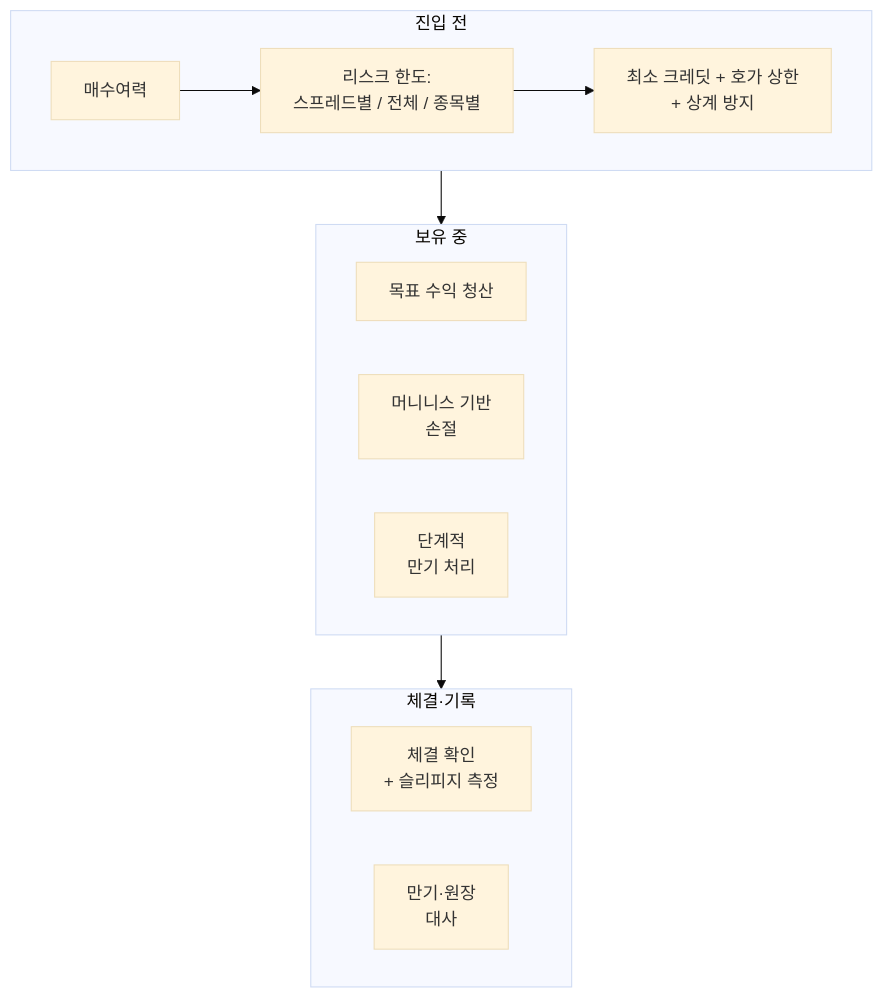
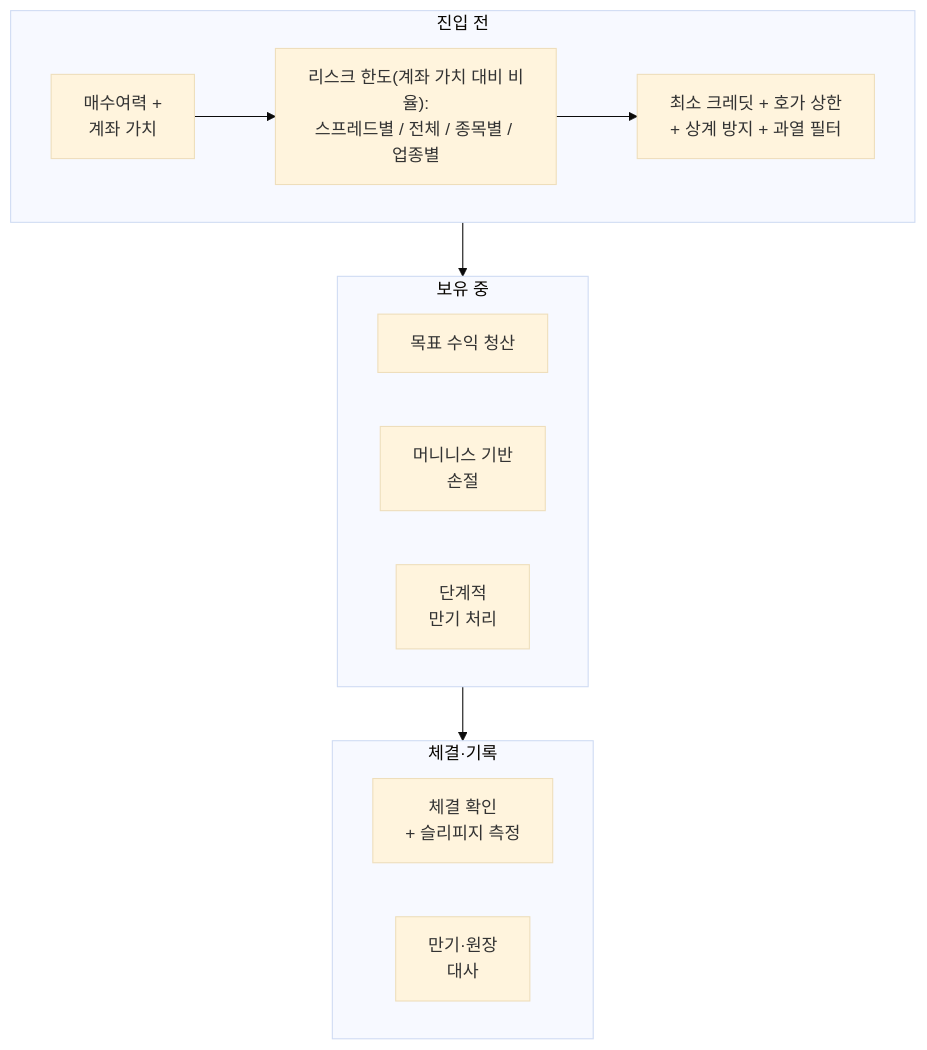
The third of 4 diagrams in README.ko.md (hbchoi0917/trading), drawn with Mermaid (base theme) before and after one commit. The commit also changed other lines of this file and 3 other files, not shown here.

````diff
--- a/README.ko.md
+++ b/README.ko.md
@@ -98,20 +96,20 @@
 ```mermaid
 flowchart TD
     subgraph PRE["진입 전"]
         direction LR
-        P1[매수여력] --> P2["리스크 한도:<br/>스프레드별 / 전체 / 종목별"]
-        P2 --> P3["최소 크레딧 + 호가 상한<br/>+ 상계 방지"]
+        P1["매수여력 +<br/>계좌 가치"] --> P2["리스크 한도(계좌 가치 대비 비율):<br/>스프레드별 / 전체 / 종목별 / 업종별"]
+        P2 --> P3["최소 크레딧 + 호가 상한<br/>+ 상계 방지 + 과열 필터"]
     end
     subgraph LIVE["보유 중"]
         direction LR
         L1[목표 수익 청산]
         L2["머니니스 기반<br/>손절"]
         L3["단계적<br/>만기 처리"]
     end
     subgraph BOOK["체결·기록"]
         direction LR
         A1["체결 확인<br/>+ 슬리피지 측정"]
         A2["만기·원장<br/>대사"]
     end
     PRE --> LIVE --> BOOK
 ```
````
